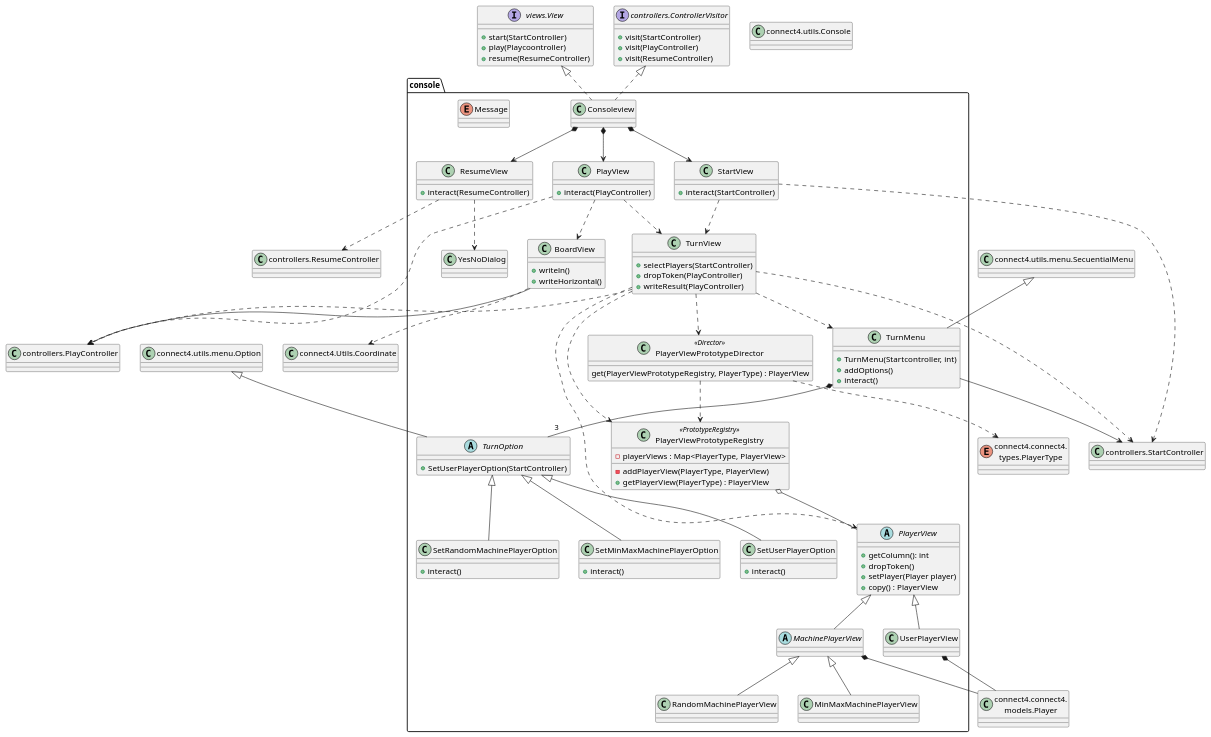
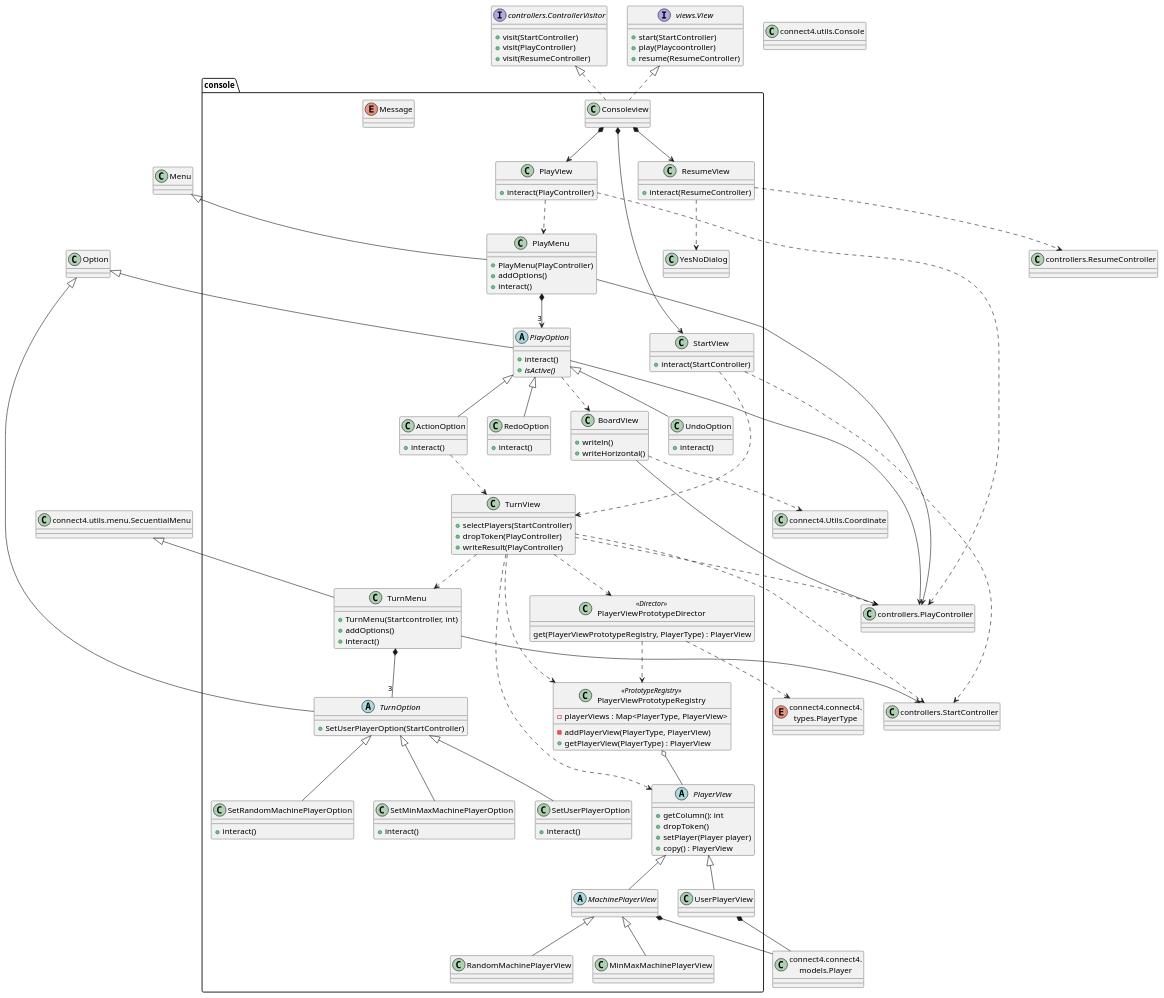
The diagram in connect4/Docs/diagrams/src/packages/connect4.connect4.views.console.plantuml (js-rom/connect4), drawn with PlantUML before and after one commit. The commit also changed 4 other files, not shown here.

```diff
--- a/connect4/Docs/diagrams/src/packages/connect4.connect4.views.console.plantuml
+++ b/connect4/Docs/diagrams/src/packages/connect4.connect4.views.console.plantuml
@@ -1,148 +1,180 @@
 @startuml connect4.connect4.console.console
 
 class console.Consoleview
 
 class console.StartView{
     +interact(StartController)
 }
 
 class console.PlayView{
     +interact(PlayController)
 }
 
 class console.ResumeView{
     +interact(ResumeController)
 }
 
 class console.BoardView{
     +writeln()
     +writeHorizontal()
 }
 
 class console.TurnView{
     +selectPlayers(StartController)
     +dropToken(PlayController)
     +writeResult(PlayController)
 }
 
 abstract class console.PlayerView{
     +getColumn(): int
     +dropToken()
     +setPlayer(Player player)
     +copy() : PlayerView
 }
 
 abstract class console.MachinePlayerView
 class console.MinMaxMachinePlayerView
 class console.RandomMachinePlayerView
 class console.UserPlayerView
 class console.TurnMenu{
     +TurnMenu(Startcontroller, int)
     +addOptions()
     +interact()
 }
 
 abstract class console.TurnOption{
     +SetUserPlayerOption(StartController)
 }
 
 class console.SetRandomMachinePlayerOption{
         +interact()
 }
 
 class console.SetMinMaxMachinePlayerOption{
         +interact()
 }
 
 class console.SetUserPlayerOption{
         +interact()
 }
 
 enum console.Message
 
 class console.YesNoDialog
 
 class console.PlayerViewPrototypeDirector <<Director>> {
     get(PlayerViewPrototypeRegistry, PlayerType) : PlayerView 
 }
 
 class console.PlayerViewPrototypeRegistry <<PrototypeRegistry>> {
     -playerViews : Map<PlayerType, PlayerView> 
     -addPlayerView(PlayerType, PlayerView)
     +getPlayerView(PlayerType) : PlayerView
 }
 class StartController as "controllers.StartController"
 class PlayController as "controllers.PlayController"
 class ResumeController as "controllers.ResumeController"
 
 interface View as "views.View"{
     +start(StartController)
     +play(Playcoontroller)
     +resume(ResumeController)
 }
 
 interface ControllerVisitor as "controllers.ControllerVisitor" {
     +visit(StartController)
     +visit(PlayController)
     +visit(ResumeController)
 }
 
+class console.PlayMenu {
+    +PlayMenu(PlayController)
+    +addOptions()
+    +interact()
+}
+
+abstract class console.PlayOption {
+    +interact()
+    + {abstract} isActive()
+}
+class console.UndoOption {
+    +interact()
+}
+
+class console.RedoOption {
+    +interact()
+}
+
+class console.ActionOption {
+    +interact()
+}
+
 View <|.. Consoleview 
 ControllerVisitor <|.. Consoleview 
 Consoleview *--> StartView
 Consoleview *--> PlayView
 Consoleview *--> ResumeView
 
 StartView ..> StartController
 PlayView ..> PlayController
 ResumeView ..> ResumeController
 
 StartView ..> TurnView
 
-PlayView ..> TurnView
-PlayView ..> BoardView
+Menu <|-- PlayMenu
+Option <|-- PlayOption
+PlayOption --> PlayController
+PlayOption ..> BoardView
+PlayOption <|-- ActionOption
+ActionOption ..> TurnView
+PlayOption <|-- UndoOption
+PlayOption <|-- RedoOption
+PlayMenu *--> "3"PlayOption
+PlayView ..> PlayMenu
+PlayMenu --> PlayController
 
 ResumeView ..> YesNoDialog
 
 TurnView ..> PlayerView
 TurnView ..> StartController
 TurnView ..> PlayController
 TurnView ..> TurnMenu
 TurnMenu *-- "3"TurnOption
 TurnView ..> PlayerViewPrototypeDirector
 TurnView ..> PlayerViewPrototypeRegistry
 
 PlayerView <|-- UserPlayerView
 PlayerView <|-- MachinePlayerView
 MachinePlayerView <|-- MinMaxMachinePlayerView
 MachinePlayerView <|-- RandomMachinePlayerView
 
 TurnOption <|-- SetRandomMachinePlayerOption
 TurnOption <|-- SetMinMaxMachinePlayerOption
 TurnOption <|-- SetUserPlayerOption
 TurnMenu --> StartController
 
 PlayerViewPrototypeDirector ..> PlayerViewPrototypeRegistry
 PlayerViewPrototypeRegistry o-- PlayerView
 
 class Option as "connect4.utils.menu.Option"
 class SecuentialMenu as "connect4.utils.menu.SecuentialMenu"
+class Menu as "connect4.utils.menu.Menu"
 class Coordinate as "connect4.Utils.Coordinate"
 class Console as "connect4.utils.Console"
 class Player as "connect4.connect4.\nmodels.Player"
 enum PlayerType as "connect4.connect4.\ntypes.PlayerType"
 
 
 Option <|-- TurnOption
 SecuentialMenu <|-- TurnMenu
 BoardView --> PlayController
 BoardView ..> Coordinate
 MachinePlayerView *-- Player
 UserPlayerView *-- Player
 
 
 
 PlayerViewPrototypeDirector ..> PlayerType
 
 
 @enduml
```
